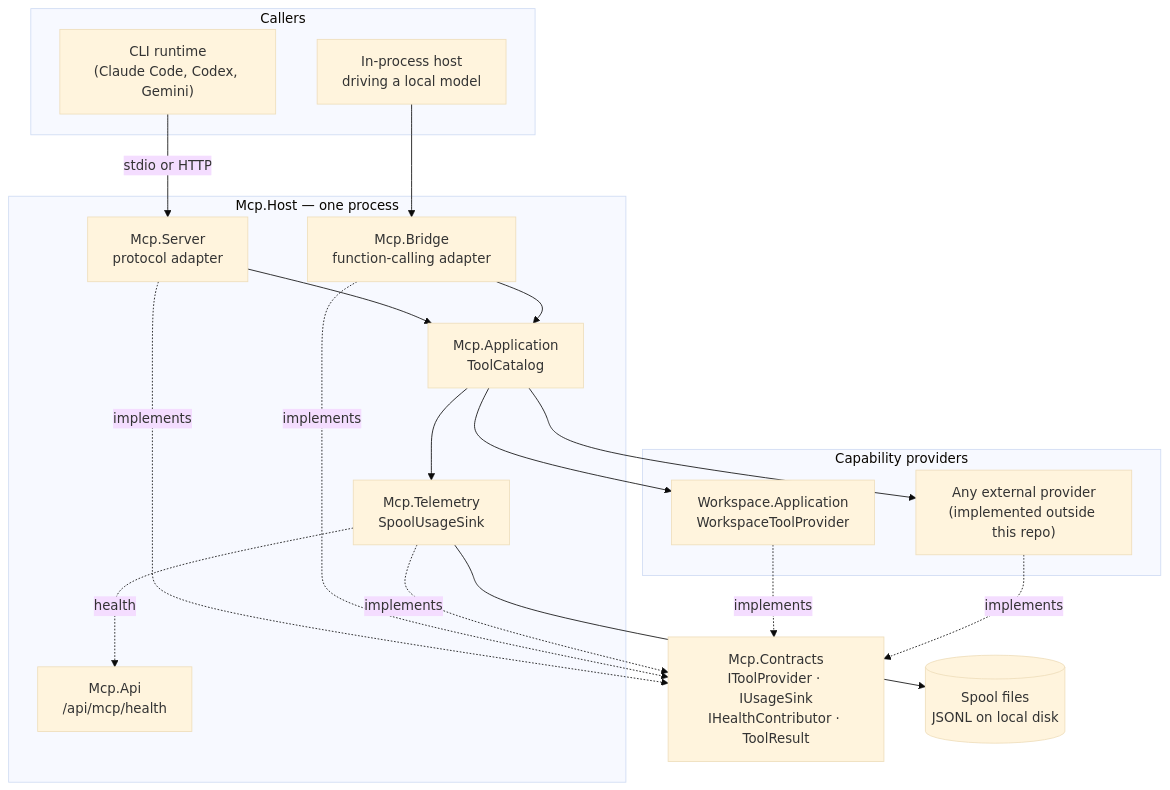
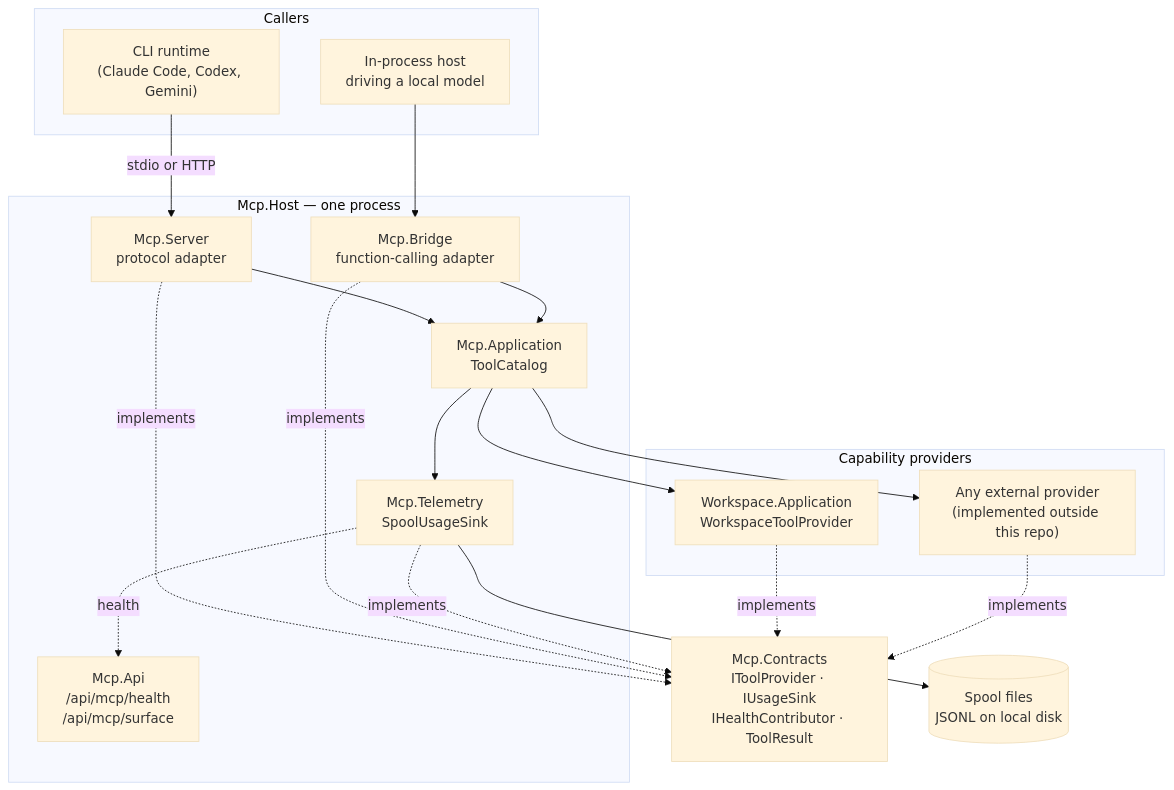
Before and after one commit to oleksandrdubyna88/dew_flow_mcp: the first of 2 diagrams in research/architecture.md, drawn with Mermaid (base theme). The commit also changed other lines of this file and 16 other files, not shown here.

````diff
--- a/research/architecture.md
+++ b/research/architecture.md
@@ -44,39 +44,39 @@
 ```mermaid
 graph TD
     subgraph clients["Callers"]
         CLI["CLI runtime<br/>(Claude Code, Codex, Gemini)"]
         LOCAL["In-process host<br/>driving a local model"]
     end
 
     subgraph host["Mcp.Host — one process"]
         SERVER["Mcp.Server<br/>protocol adapter"]
         BRIDGE["Mcp.Bridge<br/>function-calling adapter"]
         CATALOG["Mcp.Application<br/>ToolCatalog"]
-        API["Mcp.Api<br/>/api/mcp/health"]
+        API["Mcp.Api<br/>/api/mcp/health<br/>/api/mcp/surface"]
         TELEMETRY["Mcp.Telemetry<br/>SpoolUsageSink"]
     end
 
     subgraph providers["Capability providers"]
         WS["Workspace.Application<br/>WorkspaceToolProvider"]
         EXT["Any external provider<br/>(implemented outside this repo)"]
     end
 
     CONTRACTS["Mcp.Contracts<br/>IToolProvider · IUsageSink<br/>IHealthContributor · ToolResult"]
     SPOOL[("Spool files<br/>JSONL on local disk")]
 
     CLI -->|"stdio or HTTP"| SERVER
     LOCAL --> BRIDGE
     SERVER --> CATALOG
     BRIDGE --> CATALOG
     CATALOG --> WS
     CATALOG --> EXT
     CATALOG --> TELEMETRY
     TELEMETRY --> SPOOL
     TELEMETRY -.health.-> API
 
     SERVER -.implements.-> CONTRACTS
     BRIDGE -.implements.-> CONTRACTS
     WS -.implements.-> CONTRACTS
     EXT -.implements.-> CONTRACTS
     TELEMETRY -.implements.-> CONTRACTS
 ```
````
